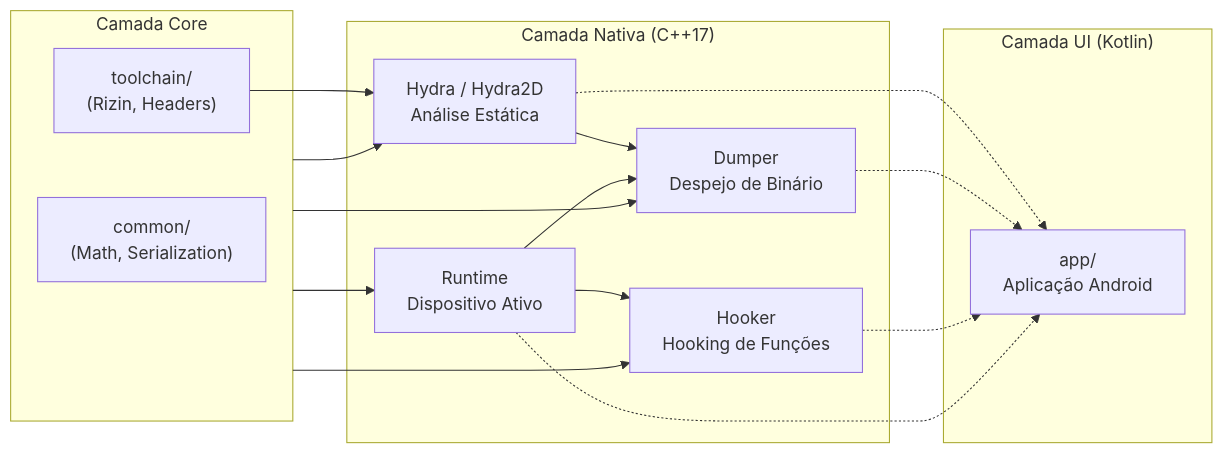
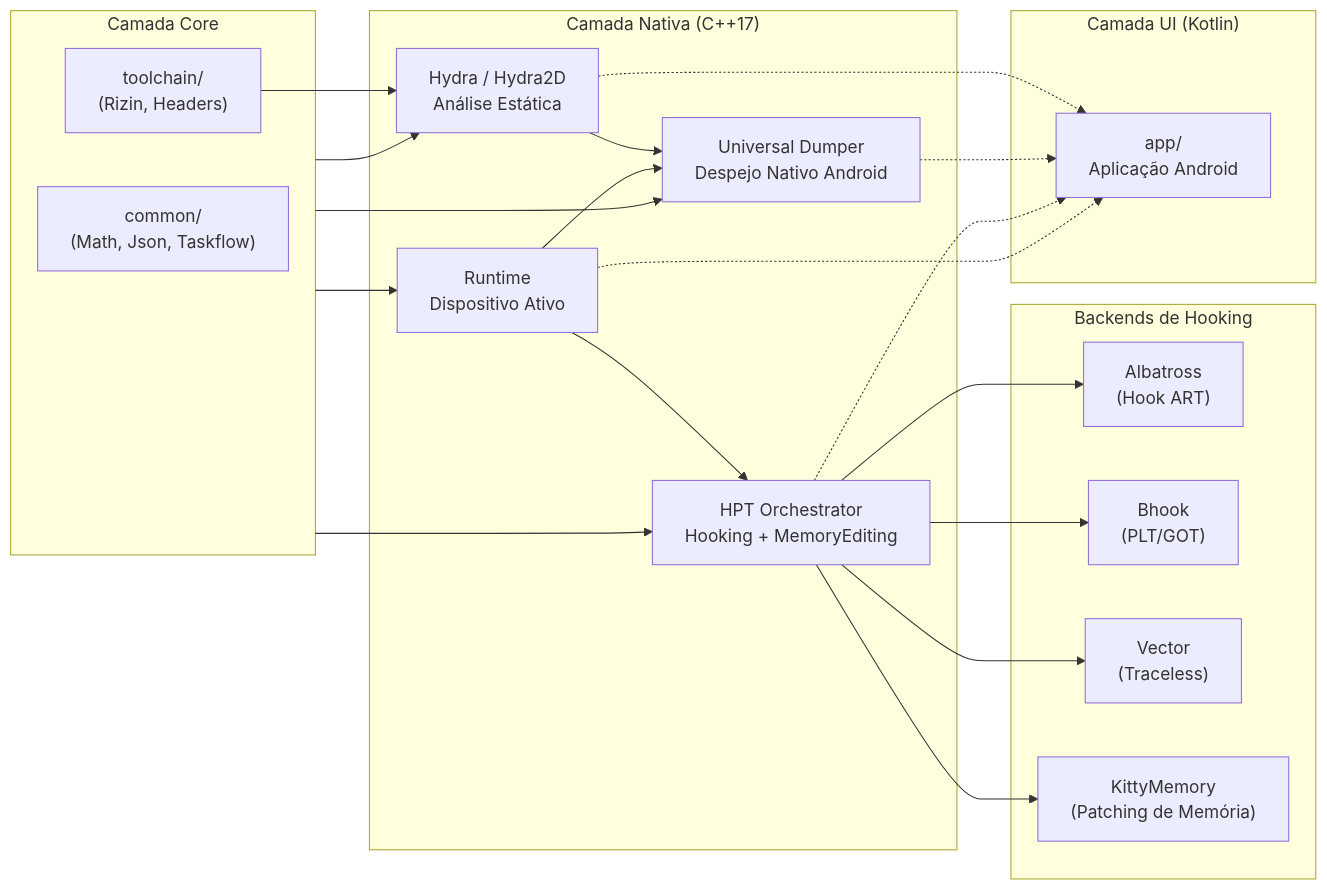
The second of 2 diagrams in README_PT.md (CicakDroid/OmniByte), drawn with Mermaid before and after one commit. The commit also changed other lines of this file and 5 other files, not shown here.

First line of the commit message:
docs: refresh all README diagrams & add build script

````diff
--- a/README_PT.md
+++ b/README_PT.md
@@ -225,33 +247,44 @@
 ```mermaid
 flowchart LR
     subgraph CORE["Camada Core"]
-        COMMON["common/\n(Math, Serialization)"]
+        COMMON["common/\n(Math, Json, Taskflow)"]
         TOOLCHAIN["toolchain/\n(Rizin, Headers)"]
     end
 
     subgraph NATIVE["Camada Nativa (C++17)"]
         HYDRA["Hydra / Hydra2D\nAnálise Estática"]
-        DUMPER["Dumper\nDespejo de Binário"]
-        HOOKER["Hooker\nHooking de Funções"]
+        DUMPER["Universal Dumper\nDespejo Nativo Android"]
+        HPT["HPT Orchestrator\nHooking + MemoryEditing"]
         RUNTIME["Runtime\nDispositivo Ativo"]
+    end
+
+    subgraph HOOKS["Backends de Hooking"]
+        HK_ART["Albatross\n(Hook ART)"]
+        HK_BHK["Bhook\n(PLT/GOT)"]
+        HK_VEC["Vector\n(Traceless)"]
+        HK_KIT["KittyMemory\n(Patching de Memória)"]
     end
 
     subgraph UI["Camada UI (Kotlin)"]
         APP["app/\nAplicação Android"]
     end
 
     CORE --> HYDRA
     CORE --> DUMPER
-    CORE --> HOOKER
+    CORE --> HPT
     CORE --> RUNTIME
     TOOLCHAIN --> HYDRA
 
     HYDRA --> DUMPER
     RUNTIME --> DUMPER
-    RUNTIME --> HOOKER
+    RUNTIME --> HPT
+    HPT --> HK_ART
+    HPT --> HK_BHK
+    HPT --> HK_VEC
+    HPT --> HK_KIT
 
     HYDRA -.-> APP
     DUMPER -.-> APP
-    HOOKER -.-> APP
+    HPT -.-> APP
     RUNTIME -.-> APP
 ```
````
